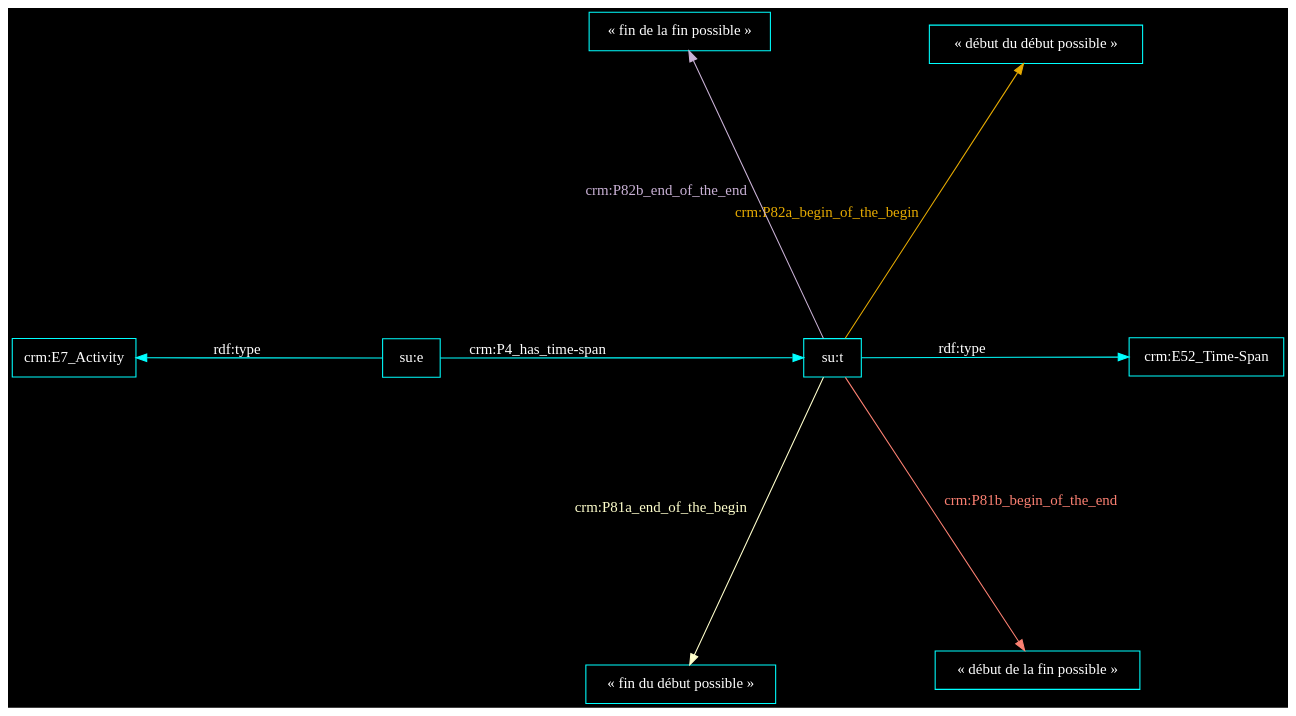
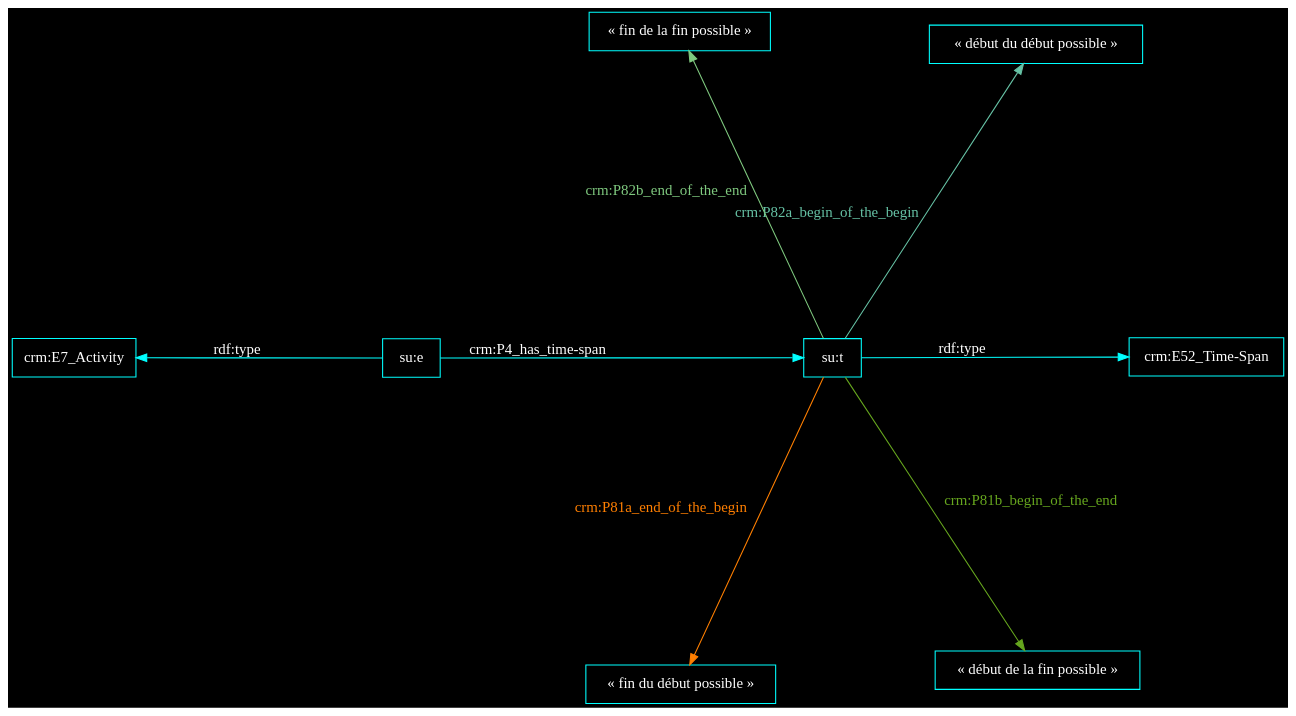
The diagram in out/2023.06.02_formation_so/dotfile_58d222c0-1d75-4048-9eba-436938714889.dot (Amleth/communications), drawn with Graphviz before and after one commit. The commit also changed 11 other files, not shown here.

```diff
--- a/out/2023.06.02_formation_so/dotfile_58d222c0-1d75-4048-9eba-436938714889.dot
+++ b/out/2023.06.02_formation_so/dotfile_58d222c0-1d75-4048-9eba-436938714889.dot
@@ -1,18 +1,18 @@
 digraph {
     graph [bgcolor=black]
     rankdir=LR
     node [color=white,fontcolor=white,fontname="FiraCode Nerd Font Mono Regular",shape=box]
     edge [color=white,fontcolor=white,fontname="FiraCode Nerd Font Mono Regular"]
     
 
     layout=sfdp
 node [color=cyan,fontcolor=white]
 edge [color=cyan,fontcolor=white]
 "su:t" -> "crm:E52_Time-Span" [label="rdf:type"]
-"su:t" -> "« début du début possible »" [label="crm:P82a_begin_of_the_begin",color="#e6ab02",fontcolor="#e6ab02"]
-"su:t" -> "« fin du début possible »" [label="crm:P81a_end_of_the_begin",color="#ffffcc",fontcolor="#ffffcc"]
-"su:t" -> "« début de la fin possible »" [label="crm:P81b_begin_of_the_end",color="#fb8072",fontcolor="#fb8072"]
-"su:t" -> "« fin de la fin possible »" [label="crm:P82b_end_of_the_end",color="#cab2d6",fontcolor="#cab2d6"]
+"su:t" -> "« début du début possible »" [label="crm:P82a_begin_of_the_begin",color="#66c2a5",fontcolor="#66c2a5"]
+"su:t" -> "« fin du début possible »" [label="crm:P81a_end_of_the_begin",color="#ff7f00",fontcolor="#ff7f00"]
+"su:t" -> "« début de la fin possible »" [label="crm:P81b_begin_of_the_end",color="#66a61e",fontcolor="#66a61e"]
+"su:t" -> "« fin de la fin possible »" [label="crm:P82b_end_of_the_end",color="#7fc97f",fontcolor="#7fc97f"]
 "su:e" -> "su:t" [label="crm:P4_has_time-span"]
 "su:e" -> "crm:E7_Activity" [label="rdf:type"]
 }
```
